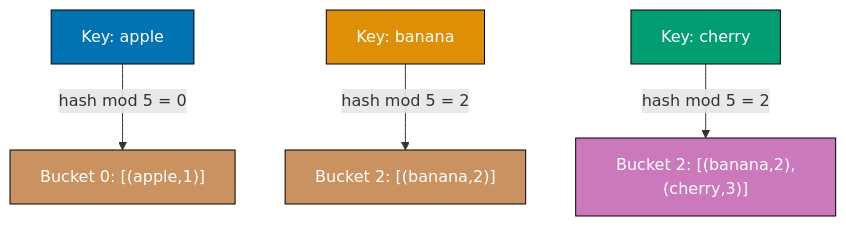
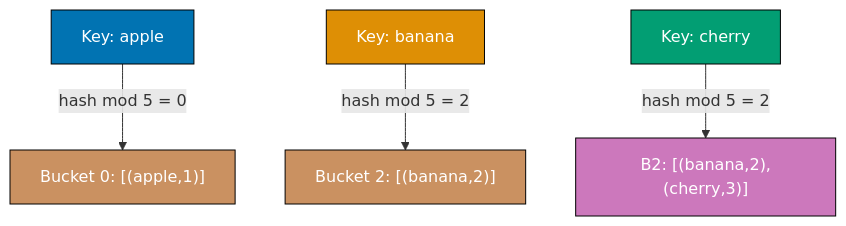
The first of 9 diagrams in apps/ayokoding-www/content/en/learn/software-engineering/algorithms-and-data-structures/by-example/intermediate.md (wahidyankf/baseerah), drawn with Mermaid before and after one commit. The commit also changed other lines of this file and 88 other files, not shown here.

First line of the commit message:
fix(ayokoding-www): resolve pre-existing Mermaid violations, exclude fixtures/plans-done

````diff
--- a/apps/ayokoding-www/content/en/learn/software-engineering/algorithms-and-data-structures/by-example/intermediate.md
+++ b/apps/ayokoding-www/content/en/learn/software-engineering/algorithms-and-data-structures/by-example/intermediate.md
@@ -410,13 +410,13 @@
 ```mermaid
 graph TD
     K1["Key: apple"] -->|hash mod 5 = 0| B0["Bucket 0: [(apple,1)]"]
     K2["Key: banana"] -->|hash mod 5 = 2| B2["Bucket 2: [(banana,2)]"]
-    K3["Key: cherry"] -->|hash mod 5 = 2| B2C["Bucket 2: [(banana,2),(cherry,3)]"]
+    K3["Key: cherry"] -->|hash mod 5 = 2| B2C["B2: [(banana,2),(cherry,3)]"]
 
     style K1 fill:#0173B2,stroke:#000,color:#fff
     style K2 fill:#DE8F05,stroke:#000,color:#fff
     style K3 fill:#029E73,stroke:#000,color:#fff
     style B0 fill:#CA9161,stroke:#000,color:#fff
     style B2 fill:#CA9161,stroke:#000,color:#fff
     style B2C fill:#CC78BC,stroke:#000,color:#fff
 ```
````
